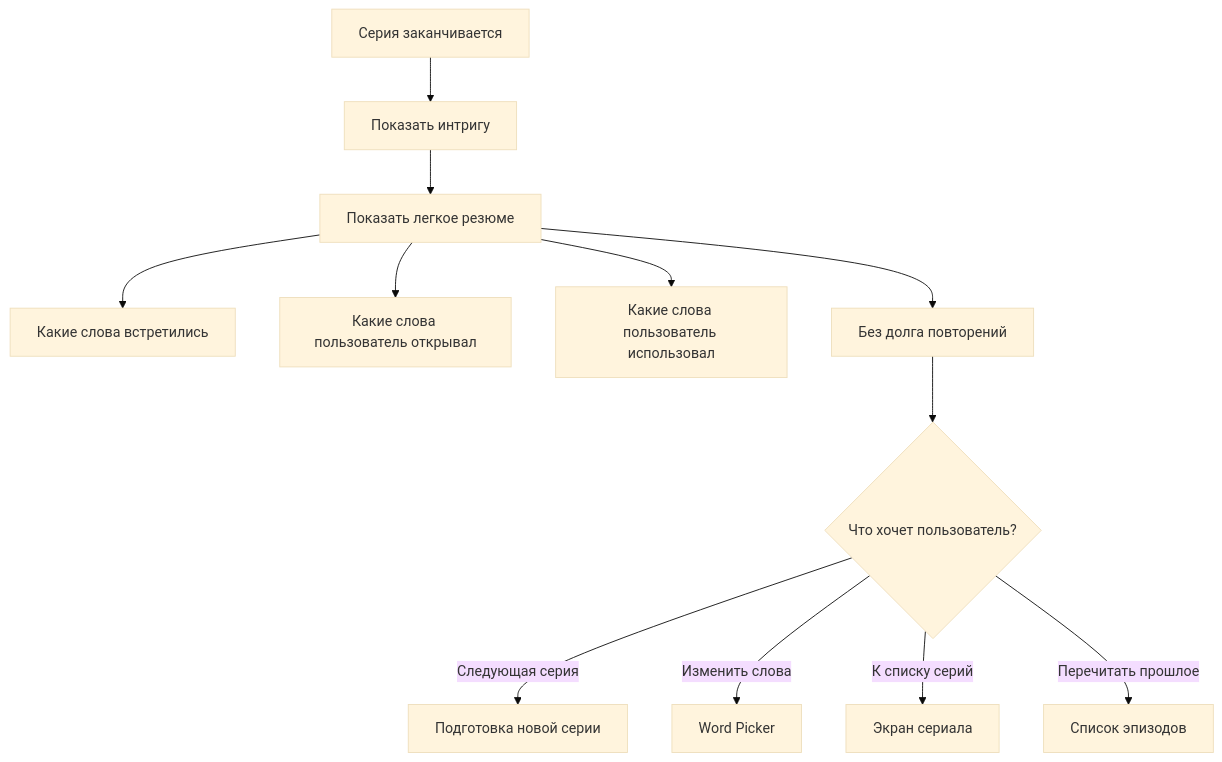
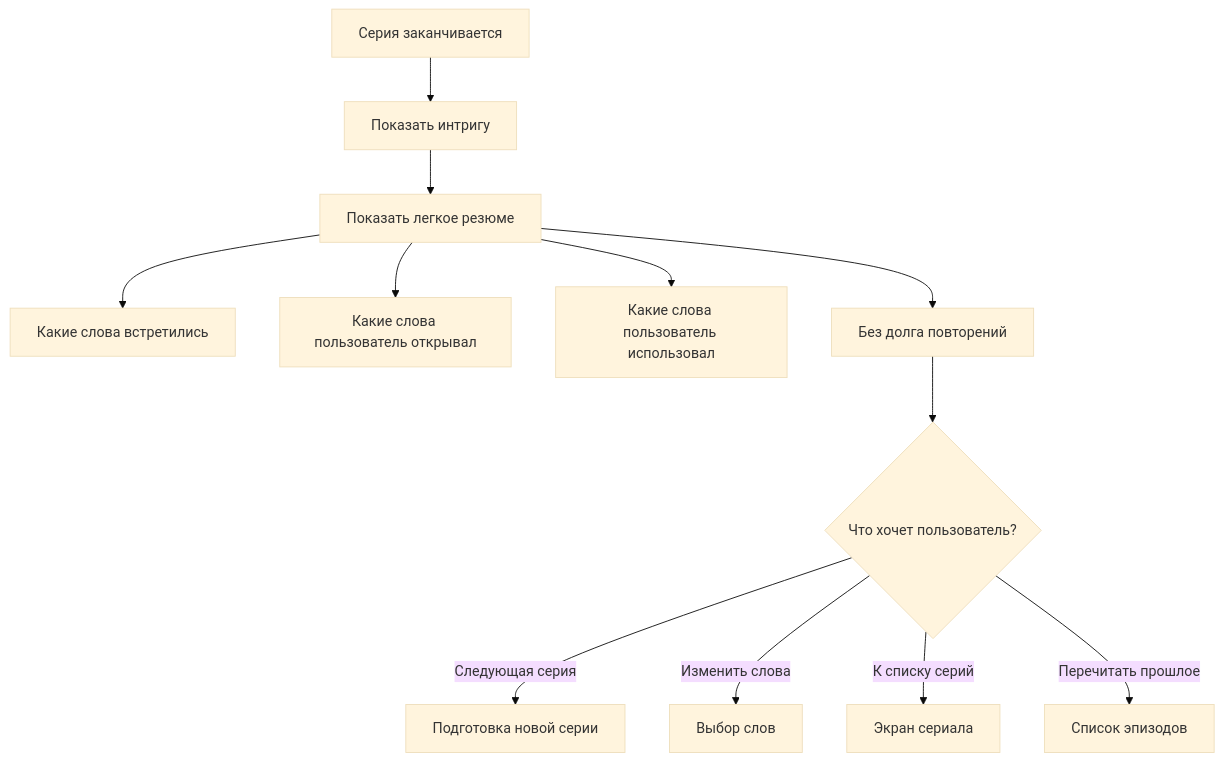
Before and after one commit to Gamshik/narrumi: the seventh of 10 diagrams in concept/user_flow_schema.md, drawn with Mermaid (base theme). The commit also changed other lines of this file and 8 other files, not shown here.

Commit message:
docs(product): refine AI series episode flow

````diff
--- a/concept/user_flow_schema.md
+++ b/concept/user_flow_schema.md
@@ -189,15 +181,15 @@
 ```mermaid
 flowchart TD
     A["Серия заканчивается"] --> B["Показать интригу"]
     B --> C["Показать легкое резюме"]
     C --> D["Какие слова встретились"]
     C --> E["Какие слова пользователь открывал"]
     C --> F["Какие слова пользователь использовал"]
     C --> G["Без долга повторений"]
 
     G --> H{"Что хочет пользователь?"}
     H -- "Следующая серия" --> I["Подготовка новой серии"]
-    H -- "Изменить слова" --> J["Word Picker"]
+    H -- "Изменить слова" --> J["Выбор слов"]
     H -- "К списку серий" --> K["Экран сериала"]
     H -- "Перечитать прошлое" --> L["Список эпизодов"]
 ```
````
